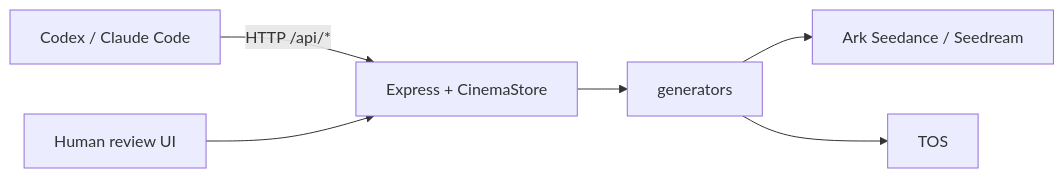
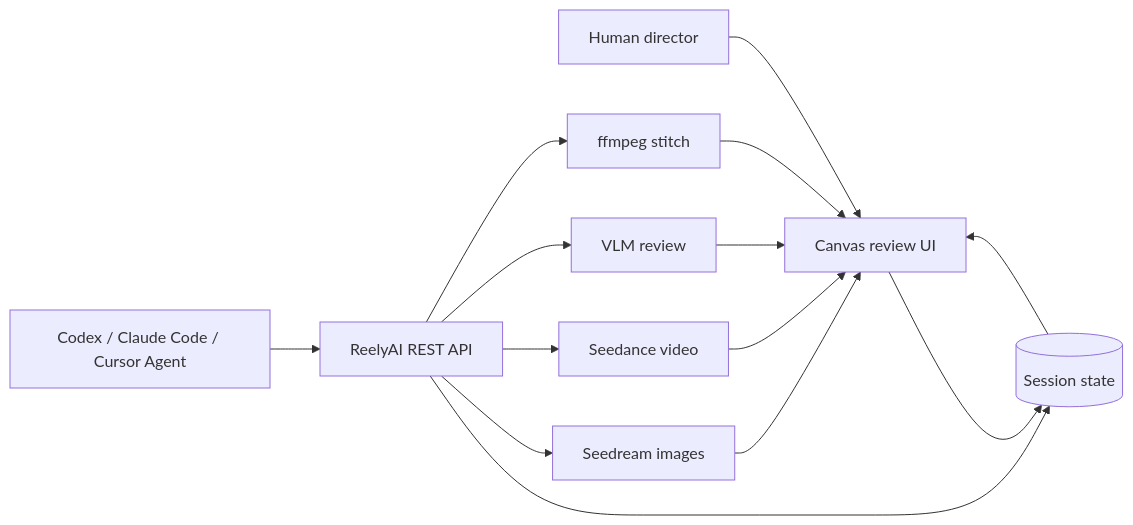
One commit to feifeibear/SeeReel changed the diagram in README.md. Above: the diagram before and after it, drawn with Mermaid. The commit also changed other lines of this file and 35 other files, not shown here.

First line of the commit message:
Add Agent Plan auth routing, canvas workflow upgrades, and token usage tracking.

````diff
--- a/README.md
+++ b/README.md
@@ -191,8 +40,16 @@
 ```mermaid
 flowchart LR
-  Agent[Codex / Claude Code] -->|HTTP /api/*| API[Express + CinemaStore]
-  API --> Gen[generators]
-  Gen --> Ark[Ark Seedance / Seedream]
-  Gen --> TOS[TOS]
-  Human[Human review UI] --> API
+  Human[Human director] --> UI[Canvas review UI]
+  Agent[Codex / Claude Code / Cursor Agent] --> API[ReelyAI REST API]
+  UI --> Store[(Session state)]
+  API --> Store
+  API --> Seedream[Seedream images]
+  API --> Seedance[Seedance video]
+  API --> VLM[VLM review]
+  API --> Stitch[ffmpeg stitch]
+  Store --> UI
+  Seedream --> UI
+  Seedance --> UI
+  VLM --> UI
+  Stitch --> UI
 ```
````
